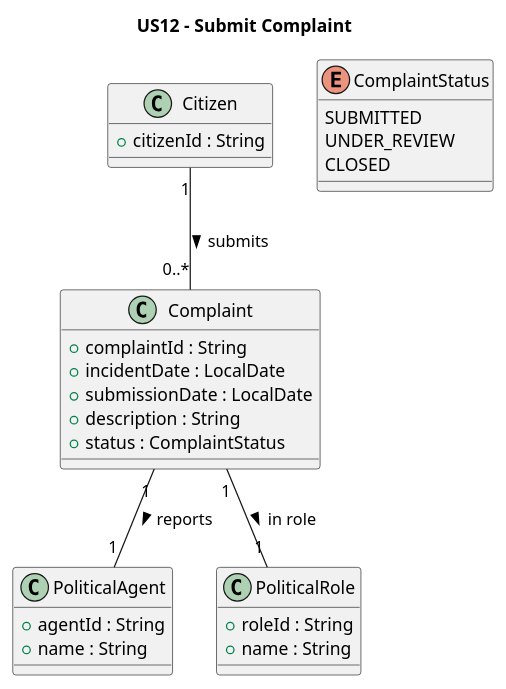
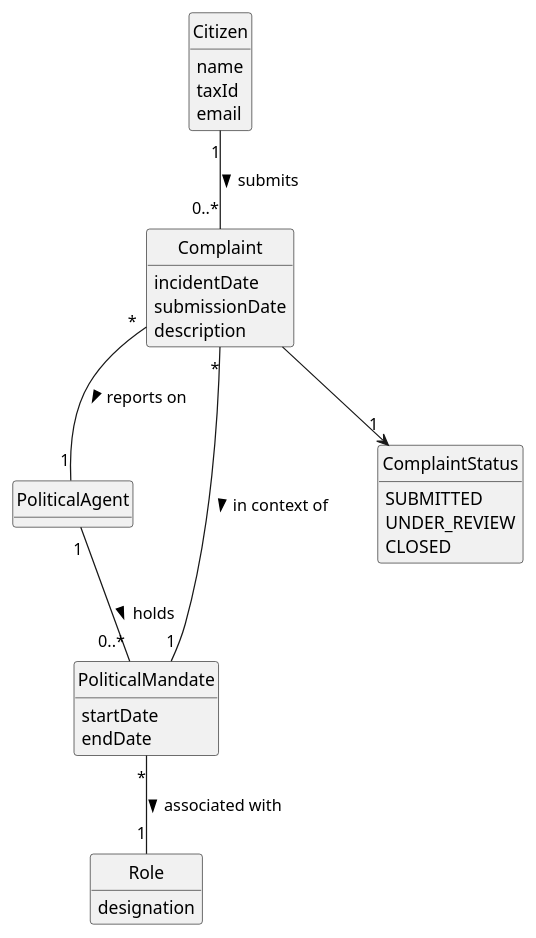
The diagram in docs/system-documentation/US12/02.analysis/puml/US12-DM.puml (Departamento-de-Engenharia-Informatica/sem2-pi-25-26-g096-repo), drawn with PlantUML before and after one commit. The commit also changed 2 other files, not shown here.

```diff
--- a/docs/system-documentation/US12/02.analysis/puml/US12-DM.puml
+++ b/docs/system-documentation/US12/02.analysis/puml/US12-DM.puml
@@ -1,35 +1,47 @@
 @startuml
-title US12 - Submit Complaint
+skinparam monochrome true
+skinparam packageStyle rectangle
+skinparam shadowing false
+skinparam classAttributeIconSize 0
+hide circle
+hide methods
+
 class Citizen {
-  +citizenId : String
+  name
+  taxId
+  email
 }
 
 class PoliticalAgent {
-  +agentId : String
-  +name : String
 }
 
-class PoliticalRole {
-  +roleId : String
-  +name : String
+class Role {
+  designation
+}
+
+class PoliticalMandate {
+  startDate
+  endDate
 }
 
 class Complaint {
-  +complaintId : String
-  +incidentDate : LocalDate
-  +submissionDate : LocalDate
-  +description : String
-  +status : ComplaintStatus
+  incidentDate
+  submissionDate
+  description
 }
 
 enum ComplaintStatus {
   SUBMITTED
   UNDER_REVIEW
   CLOSED
 }
 
+PoliticalAgent "1" -- "0..*" PoliticalMandate : holds >
+PoliticalMandate "*" -- "1" Role : associated with >
+
 Citizen "1" -- "0..*" Complaint : submits >
-Complaint "1" -- "1" PoliticalAgent : reports >
-Complaint "1" -- "1" PoliticalRole : in role >
+Complaint "*" -- "1" PoliticalAgent : reports on >
+Complaint "*" -- "1" PoliticalMandate : in context of >
+Complaint --> "1" ComplaintStatus
 
 @enduml
```
